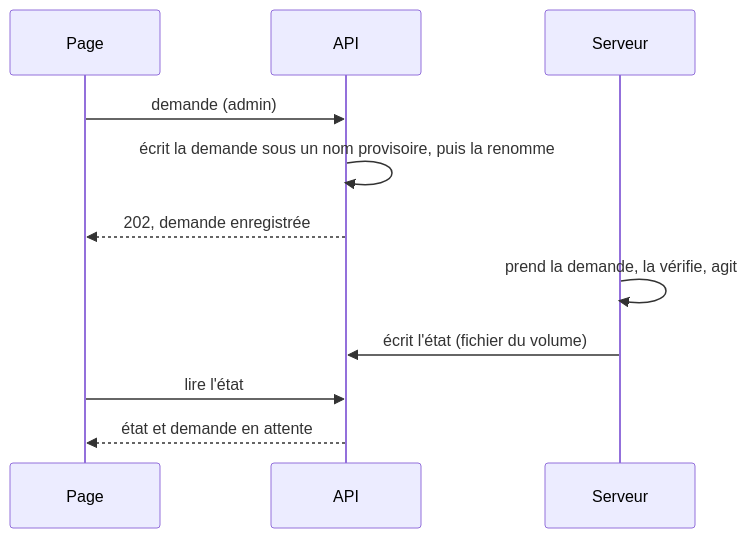
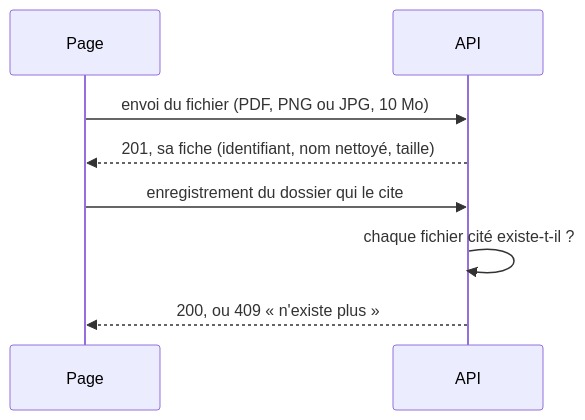
The third of 3 diagrams in hlyja/technique/api.humain.md (design-cpu/yeita-recrutement), drawn with Mermaid before and after one commit. The commit also changed other lines of this file and 20 other files, not shown here.

````diff
--- a/hlyja/technique/api.humain.md
+++ b/hlyja/technique/api.humain.md
@@ -124,13 +71,10 @@
 ```mermaid
 sequenceDiagram
   participant P as Page
   participant A as API
-  participant S as Serveur
-  P->>A: demande (admin)
-  A->>A: écrit la demande sous un nom provisoire, puis la renomme
-  A-->>P: 202, demande enregistrée
-  S->>S: prend la demande, la vérifie, agit
-  S->>A: écrit l'état (fichier du volume)
-  P->>A: lire l'état
-  A-->>P: état et demande en attente
+  P->>A: envoi du fichier (PDF, PNG ou JPG, 10 Mo)
+  A-->>P: 201, sa fiche (identifiant, nom nettoyé, taille)
+  P->>A: enregistrement du dossier qui le cite
+  A->>A: chaque fichier cité existe-t-il ?
+  A-->>P: 200, ou 409 « n'existe plus »
 ```
````
